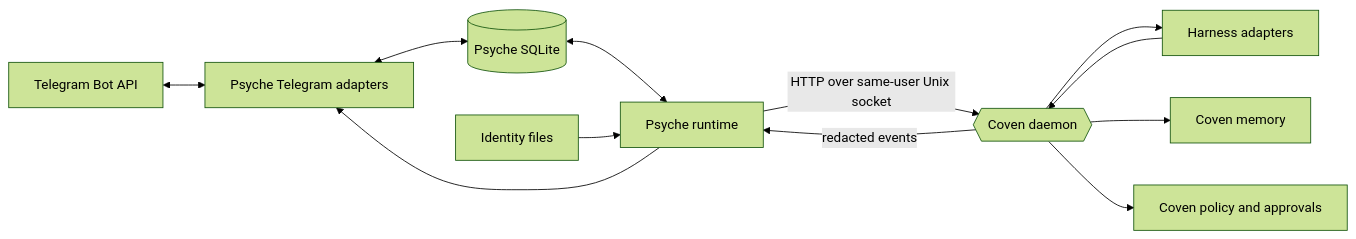
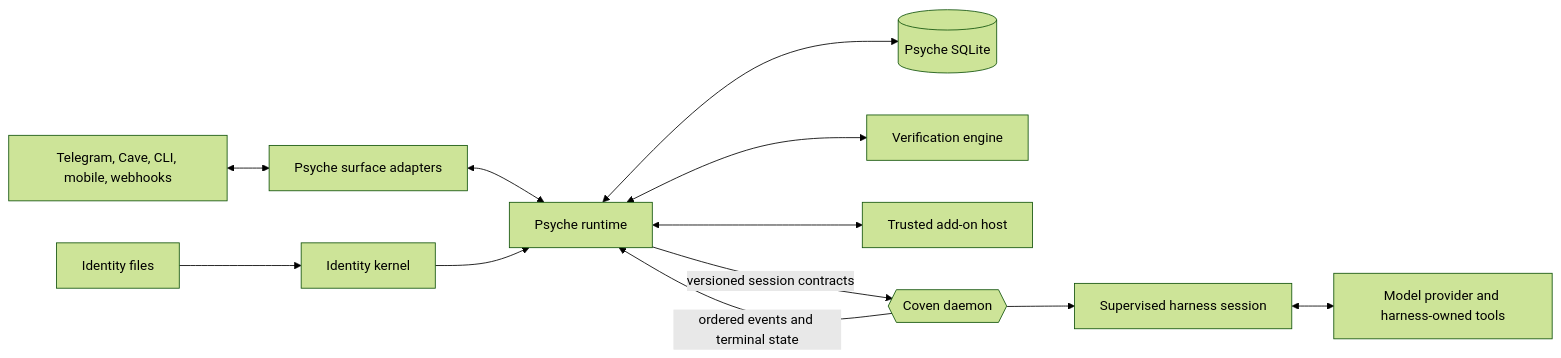
Before and after one commit to OpenCoven/coven: the diagram in specs/psyche/TECH.md, drawn with Mermaid (forest theme). The commit also changed other lines of this file and 8 other files, not shown here.

````diff
--- a/specs/psyche/TECH.md
+++ b/specs/psyche/TECH.md
@@ -21,14 +24,14 @@
 ```mermaid
 flowchart LR
-  TG[Telegram Bot API] <--> TR[Psyche Telegram adapters]
-  TR <--> DB[(Psyche SQLite)]
-  DB <--> RT[Psyche runtime]
-  ID[Identity files] --> RT
-  RT -->|HTTP over same-user Unix socket| CV{{Coven daemon}}
-  CV --> HS[Harness adapters]
-  CV --> MEM[Coven memory]
-  CV --> POL[Coven policy and approvals]
-  HS --> CV
-  CV -->|redacted events| RT
-  RT --> TR
+  SF[Telegram, Cave, CLI, mobile, webhooks] <--> SA[Psyche surface adapters]
+  SA <--> RT[Psyche runtime]
+  ID[Identity files] --> IK[Identity kernel]
+  IK --> RT
+  RT <--> DB[(Psyche SQLite)]
+  RT <--> VE[Verification engine]
+  RT <--> AH[Trusted add-on host]
+  RT -->|versioned session contracts| CV{{Coven daemon}}
+  CV --> HS[Supervised harness session]
+  HS <--> MP[Model provider and harness-owned tools]
+  CV -->|ordered events and terminal state| RT
 ```
````
